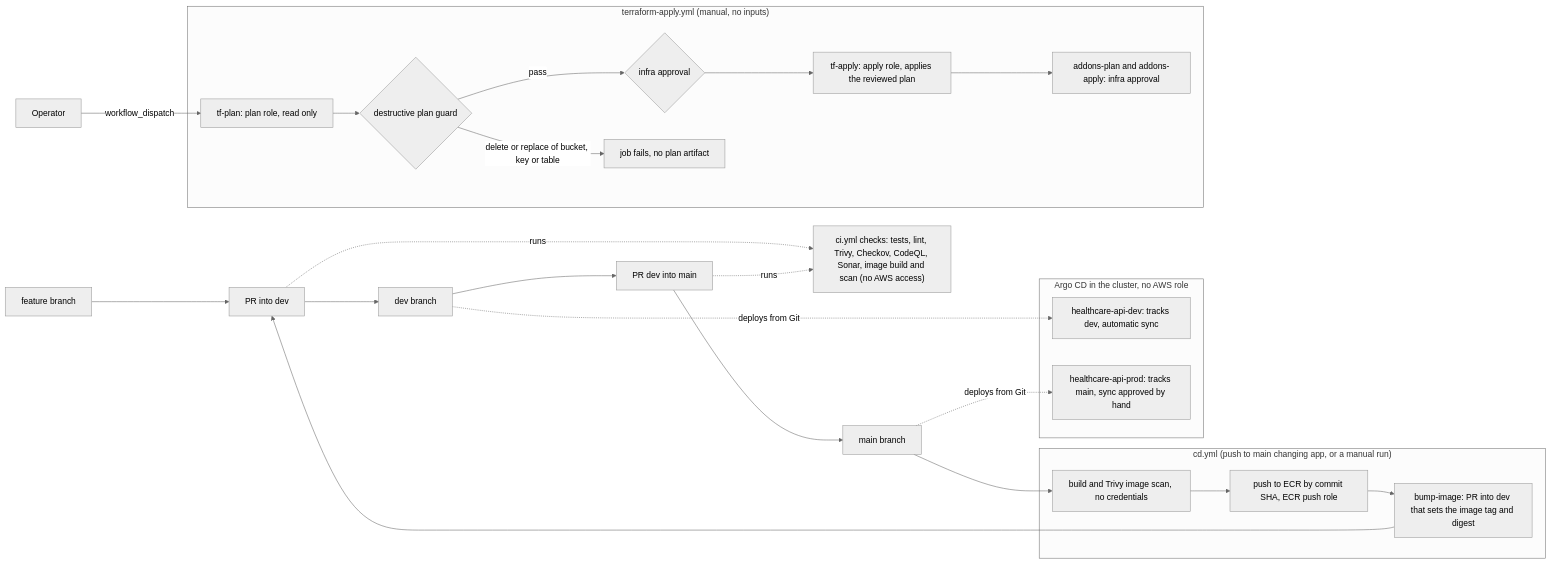
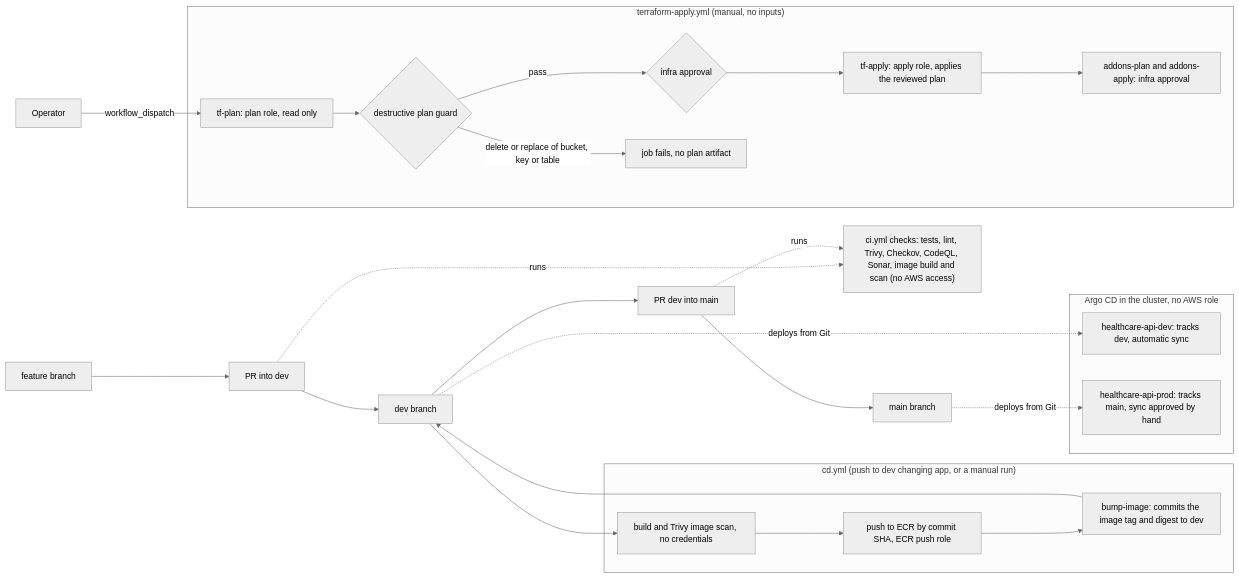
Before and after one commit to zeinhaidara/healthcare-eks-secops: the second of 3 diagrams in docs/architecture.md, drawn with Mermaid (neutral theme). The commit also changed other lines of this file and 12 other files, not shown here.

````diff
--- a/docs/architecture.md
+++ b/docs/architecture.md
@@ -78,42 +82,42 @@
 ```mermaid
 flowchart LR
     feat["feature branch"]
     prdev["PR into dev"]
     devbr["dev branch"]
     prmain["PR dev into main"]
     mainbr["main branch"]
     ci["ci.yml checks: tests, lint, Trivy, Checkov, CodeQL, Sonar, image build and scan (no AWS access)"]
 
     feat --> prdev --> devbr --> prmain --> mainbr
     prdev -. "runs" .-> ci
     prmain -. "runs" .-> ci
 
-    subgraph cd["cd.yml (push to main changing app, or a manual run)"]
+    subgraph cd["cd.yml (push to dev changing app, or a manual run)"]
         build["build and Trivy image scan, no credentials"]
         push["push to ECR by commit SHA, ECR push role"]
-        bump["bump-image: PR into dev that sets the image tag and digest"]
+        bump["bump-image: commits the image tag and digest to dev"]
         build --> push --> bump
     end
-    mainbr --> build
-    bump --> prdev
+    devbr --> build
+    bump --> devbr
 
     subgraph argo["Argo CD in the cluster, no AWS role"]
         adev["healthcare-api-dev: tracks dev, automatic sync"]
         aprod["healthcare-api-prod: tracks main, sync approved by hand"]
     end
     devbr -. "deploys from Git" .-> adev
     mainbr -. "deploys from Git" .-> aprod
 
     subgraph tf["terraform-apply.yml (manual, no inputs)"]
         plan["tf-plan: plan role, read only"]
         guard{"destructive plan guard"}
         gate{"infra approval"}
         apply["tf-apply: apply role, applies the reviewed plan"]
         addons["addons-plan and addons-apply: infra approval"]
         plan --> guard
         guard -- "pass" --> gate
         guard -- "delete or replace of bucket, key or table" --> blocked["job fails, no plan artifact"]
         gate --> apply --> addons
     end
     operator["Operator"] -- "workflow_dispatch" --> plan
 ```
````
